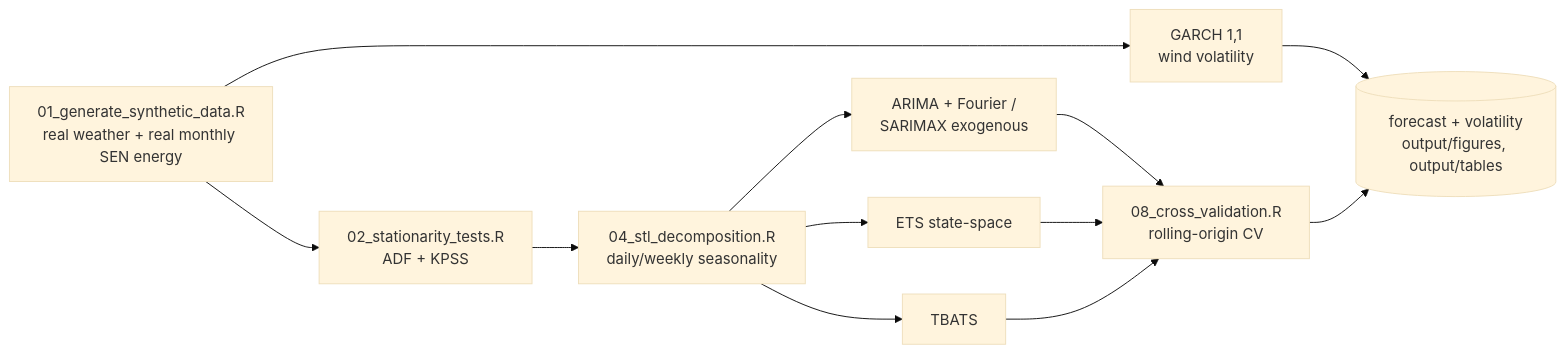
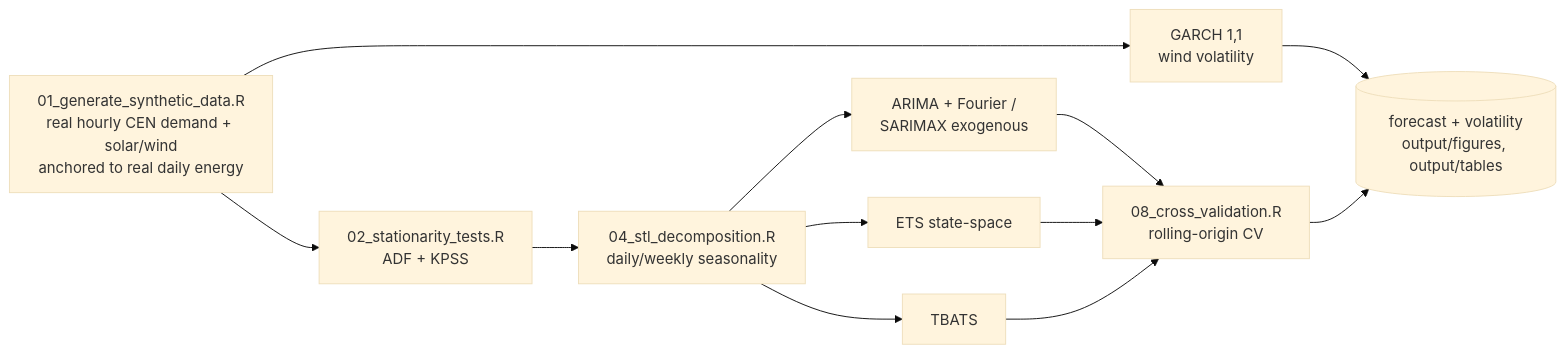
One commit to Rxyxs/chile-energy-grid-forecasting-r changed the diagram in README.md. Above: the diagram before and after it, drawn with Mermaid (base theme). The commit also changed other lines of this file and 33 other files, not shown here.

First line of the commit message:
Statistical models on real hourly demand, daily reports and curtailment (#5)

````diff
--- a/README.md
+++ b/README.md
@@ -111,14 +119,14 @@
 ```mermaid
 flowchart LR
-    A[01_generate_synthetic_data.R<br/>real weather + real monthly SEN energy] --> B[02_stationarity_tests.R<br/>ADF + KPSS]
+    A[01_generate_synthetic_data.R<br/>real hourly CEN demand + solar/wind<br/>anchored to real daily energy] --> B[02_stationarity_tests.R<br/>ADF + KPSS]
     B --> C[04_stl_decomposition.R<br/>daily/weekly seasonality]
     C --> D1[ARIMA + Fourier /<br/>SARIMAX exogenous]
     C --> D2[ETS state-space]
     C --> D3[TBATS]
     A --> E[GARCH 1,1<br/>wind volatility]
     D1 --> F[08_cross_validation.R<br/>rolling-origin CV]
     D2 --> F
     D3 --> F
     E --> G[(forecast + volatility<br/>output/figures, output/tables)]
     F --> G
 ```
````
